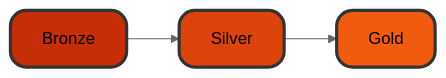
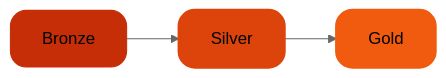
The diagram in README.md (Gipria/Databricks-Data-Processing---NYC-Yellow-Trip), drawn with Mermaid (neutral theme) before and after one commit.

Commit message:
Adicionando documentacao

````diff
--- a/README.md
+++ b/README.md
@@ -35,8 +35,8 @@
 ```mermaid
 graph LR;
     Bronze-->Silver;
     Silver-->Gold;
-    style Bronze stroke-width:3px,stroke:#333,fill:#c62e08,rx:15,ry:15
-    style Silver stroke-width:3px,stroke:#333,fill:#dc440c,rx:15,ry:15
-    style Gold stroke-width:3px,stroke:#333,fill:#f15b10,rx:15,ry:15
+    style Bronze stroke-width:1px,stroke:#c62e08,fill:#c62e08,rx:15,ry:15
+    style Silver stroke-width:3px,stroke:#dc440c,fill:#dc440c,rx:15,ry:15
+    style Gold stroke-width:3px,stroke:#f15b10,fill:#f15b10,rx:15,ry:15
 ```
````
